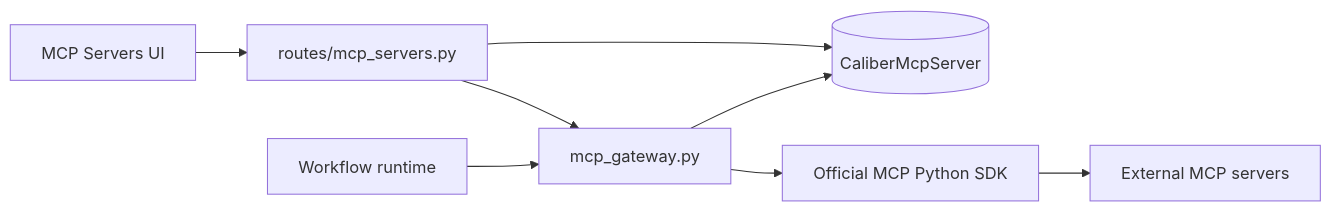
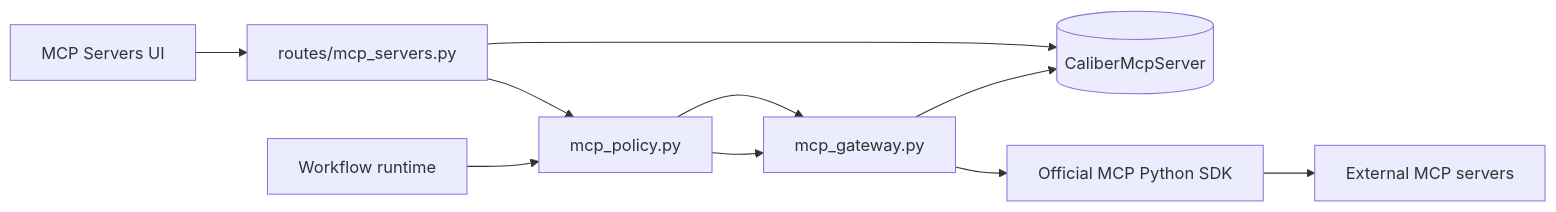
One commit to rrahimi-uci/caliber-suite changed the first of 2 diagrams in caliber/caliber-ui/public/docs/m-05-mcp.md. Above: the diagram before and after it, drawn with Mermaid. The commit also changed other lines of this file and 127 other files, not shown here.

````diff
--- a/caliber/caliber-ui/public/docs/m-05-mcp.md
+++ b/caliber/caliber-ui/public/docs/m-05-mcp.md
@@ -72,18 +83,21 @@
 ```mermaid
 flowchart LR
     UI[MCP Servers UI]:::ui
     API[routes/mcp_servers.py]:::ctrl
     DB[(CaliberMcpServer)]:::store
+    POL[mcp_policy.py]:::ctrl
     GW[mcp_gateway.py]:::ctrl
     SDK[Official MCP Python SDK]:::ext
     EXT[External MCP servers]:::ext
     WF[Workflow runtime]:::ctrl
 
     UI --> API
     API --> DB
-    API --> GW
+    API --> POL
+    POL --> GW
     GW --> SDK
     SDK --> EXT
-    WF --> GW
+    WF --> POL
+    POL --> GW
     GW --> DB
 ```
````
